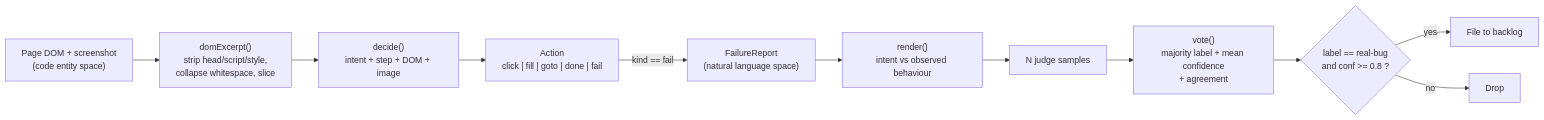
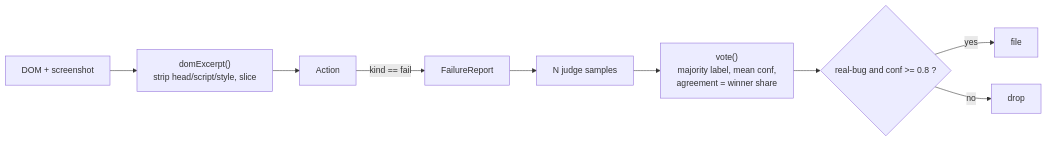
The fourth of 5 diagrams in README.md (TANICE-GAWD/holmes-watson), drawn with Mermaid before and after one commit. The commit also changed other lines of this file, not shown here.

Commit message:
better work flows

````diff
--- a/README.md
+++ b/README.md
@@ -98,20 +84,11 @@
 ```mermaid
 flowchart LR
-    dom["Page DOM + screenshot<br/>(code entity space)"]
-    excerpt["domExcerpt()<br/>strip head/script/style,<br/>collapse whitespace, slice"]
-    decide["decide()<br/>intent + step + DOM + image"]
-    action["Action<br/>click | fill | goto | done | fail"]
-    report["FailureReport<br/>(natural language space)"]
-    render["render()<br/>intent vs observed behaviour"]
-    samples["N judge samples"]
-    vote["vote()<br/>majority label + mean confidence<br/>+ agreement"]
-    gate{"label == real-bug<br/>and conf >= 0.8 ?"}
-    file["File to backlog"]
-    drop["Drop"]
-
-    dom --> excerpt --> decide --> action
-    action -->|"kind == fail"| report
-    report --> render --> samples --> vote --> gate
-    gate -->|yes| file
-    gate -->|no| drop
+    dom["DOM + screenshot"] --> excerpt["domExcerpt()<br/>strip head/script/style, slice"]
+    excerpt --> action["Action"]
+    action -->|"kind == fail"| report["FailureReport"]
+    report --> samples["N judge samples"]
+    samples --> vote["vote()<br/>majority label, mean conf,<br/>agreement = winner share"]
+    vote --> gate{"real-bug and conf >= 0.8 ?"}
+    gate -->|yes| file["file"]
+    gate -->|no| drop["drop"]
 ```
````
